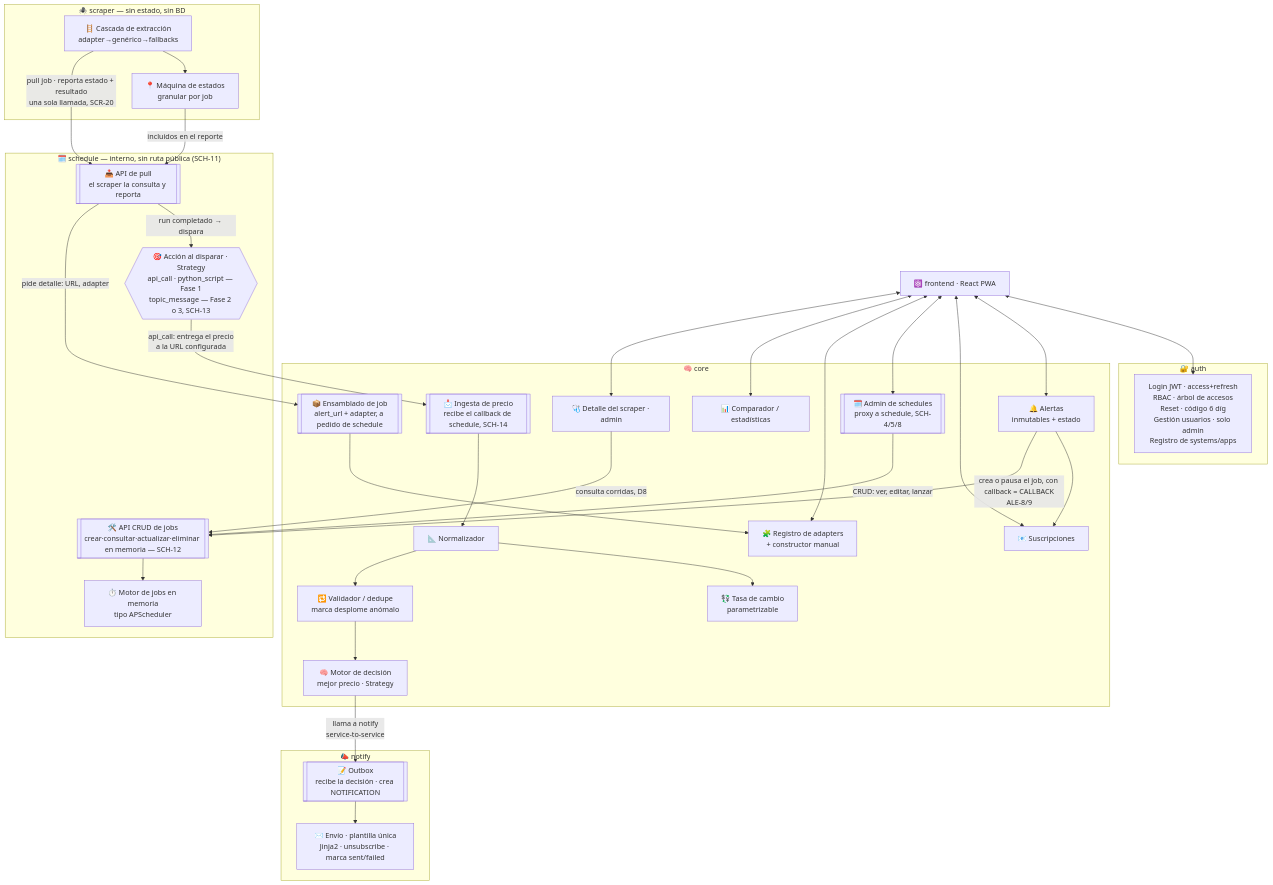
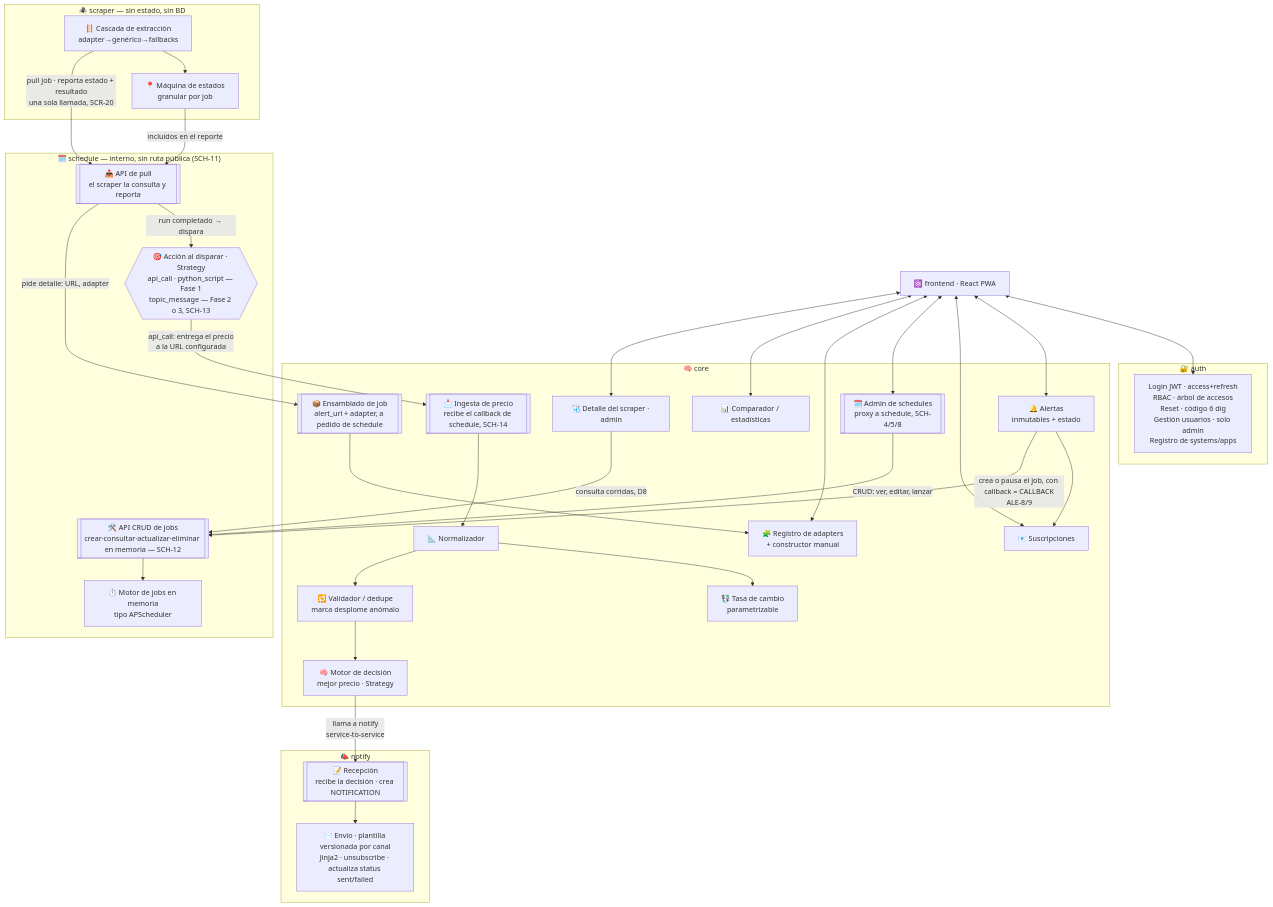
Before and after one commit to vida-I-found-it/architecture: the third of 7 diagrams in docs/02-arquitectura.md, drawn with Mermaid. The commit also changed other lines of this file and 5 other files, not shown here.

First line of the commit message:
docs: 📝 update architecture, data model, requirements and pending list for per-system auth

````diff
--- a/docs/02-arquitectura.md
+++ b/docs/02-arquitectura.md
@@ -113,66 +113,66 @@
 ```mermaid
 graph TB
     PWA["⚛️ frontend · React PWA"]
 
     subgraph SVC_AUTH["🔐 auth"]
         AUTH["Login JWT · access+refresh<br/>RBAC · árbol de accesos<br/>Reset · código 6 díg<br/>Gestión usuarios · solo admin<br/>Registro de systems/apps"]
     end
 
     subgraph SVC_CORE["🧠 core"]
         ALERT["🔔 Alertas<br/>inmutables + estado"]
         SUBS["📧 Suscripciones"]
         ADAPT["🧩 Registro de adapters<br/>+ constructor manual"]
         SCHEDPROXY[["🗓️ Admin de schedules<br/>proxy a schedule, SCH-4/5/8"]]
         JOBBUILD[["📦 Ensamblado de job<br/>alert_url + adapter, a pedido de schedule"]]
         CALLBACK[["📩 Ingesta de precio<br/>recibe el callback de schedule, SCH-14"]]
         NORM["📐 Normalizador"]
         FXP["💱 Tasa de cambio<br/>parametrizable"]
         VALID["🔁 Validador / dedupe<br/>marca desplome anómalo"]
         DEC["🧠 Motor de decisión<br/>mejor precio · Strategy"]
         STATS["📊 Comparador / estadísticas"]
         HEALTH["🩺 Detalle del scraper · admin"]
 
         ALERT --> SUBS
         JOBBUILD --> ADAPT
         CALLBACK --> NORM --> FXP
         NORM --> VALID --> DEC
     end
 
     subgraph SVC_SCHED["🗓️ schedule — interno, sin ruta pública (SCH-11)"]
         JOBAPI[["🛠️ API CRUD de jobs<br/>crear·consultar·actualizar·eliminar en memoria — SCH-12"]]
         ENGINE["⏱️ Motor de jobs en memoria<br/>tipo APScheduler"]
         ACTION{{"🎯 Acción al disparar · Strategy<br/>api_call · python_script — Fase 1<br/>topic_message — Fase 2 o 3, SCH-13"}}
         RUNAPI[["📥 API de pull<br/>el scraper la consulta y reporta"]]
 
         JOBAPI --> ENGINE
         RUNAPI -->|"run completado → dispara"| ACTION
     end
 
     subgraph SVC_NOTIFY["📣 notify"]
-        OUTBOX[["📝 Outbox<br/>recibe la decisión · crea NOTIFICATION"]]
-        SEND["✉️ Envío · plantilla única<br/>Jinja2 · unsubscribe · marca sent/failed"]
-        OUTBOX --> SEND
+        INTAKE[["📝 Recepción<br/>recibe la decisión · crea NOTIFICATION"]]
+        SEND["✉️ Envío · plantilla versionada por canal<br/>Jinja2 · unsubscribe · actualiza status sent/failed"]
+        INTAKE --> SEND
     end
 
     subgraph SVC_SCR["🕷️ scraper — sin estado, sin BD"]
         CASC["🪜 Cascada de extracción<br/>adapter→genérico→fallbacks"]
         JOBS["📍 Máquina de estados<br/>granular por job"]
         CASC --> JOBS
     end
 
     PWA <--> AUTH
     PWA <--> ALERT
     PWA <--> SUBS
     PWA <--> SCHEDPROXY
     PWA <--> ADAPT
     PWA <--> STATS
     PWA <--> HEALTH
     ALERT -->|"crea o pausa el job, con callback = CALLBACK<br/>ALE-8/9"| JOBAPI
     SCHEDPROXY -->|"CRUD: ver, editar, lanzar"| JOBAPI
     HEALTH -->|"consulta corridas, D8"| JOBAPI
     RUNAPI -->|"pide detalle: URL, adapter"| JOBBUILD
     CASC -->|"pull job · reporta estado + resultado<br/>una sola llamada, SCR-20"| RUNAPI
     JOBS -->|incluidos en el reporte| RUNAPI
     ACTION -->|"api_call: entrega el precio<br/>a la URL configurada"| CALLBACK
-    DEC -->|"llama a notify<br/>service-to-service"| OUTBOX
+    DEC -->|"llama a notify<br/>service-to-service"| INTAKE
 ```
````
